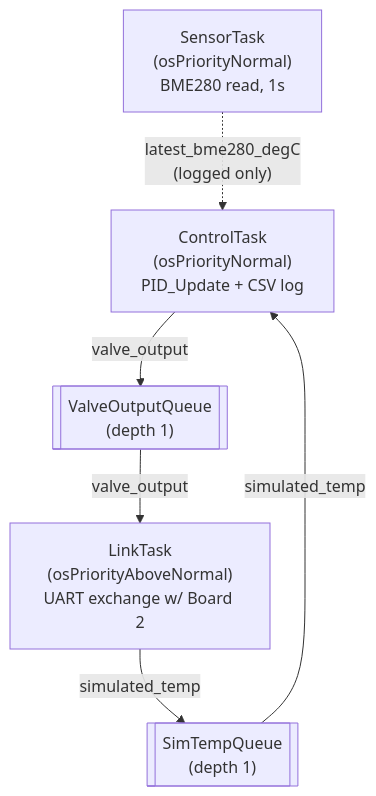
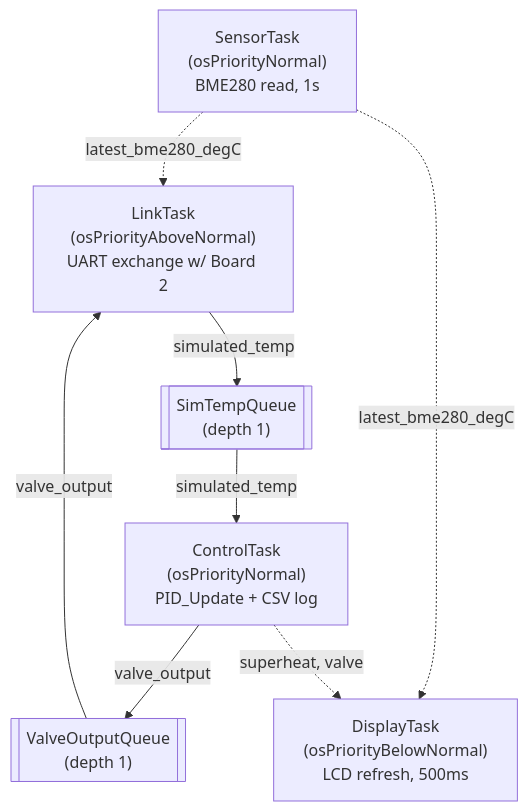
One commit to DanishMalik333/superheat-control changed the second of 2 diagrams in README.md. Above: the diagram before and after it, drawn with Mermaid. The commit also changed other lines of this file and 19 other files, not shown here.

````diff
--- a/README.md
+++ b/README.md
@@ -101,16 +175,19 @@
 ```mermaid
 flowchart TB
     Sensor["SensorTask\n(osPriorityNormal)\nBME280 read, 1s"]
     Link["LinkTask\n(osPriorityAboveNormal)\nUART exchange w/ Board 2"]
     Control["ControlTask\n(osPriorityNormal)\nPID_Update + CSV log"]
+    Display["DisplayTask\n(osPriorityBelowNormal)\nLCD refresh, 500ms"]
 
     ValveQ[["ValveOutputQueue\n(depth 1)"]]
     TempQ[["SimTempQueue\n(depth 1)"]]
 
     Control -->|"valve_output"| ValveQ
     ValveQ -->|"valve_output"| Link
     Link -->|"simulated_temp"| TempQ
     TempQ -->|"simulated_temp"| Control
 
-    Sensor -.->|"latest_bme280_degC\n(logged only)"| Control
+    Sensor -.->|"latest_bme280_degC"| Link
+    Sensor -.->|"latest_bme280_degC"| Display
+    Control -.->|"superheat, valve"| Display
 ```
````
